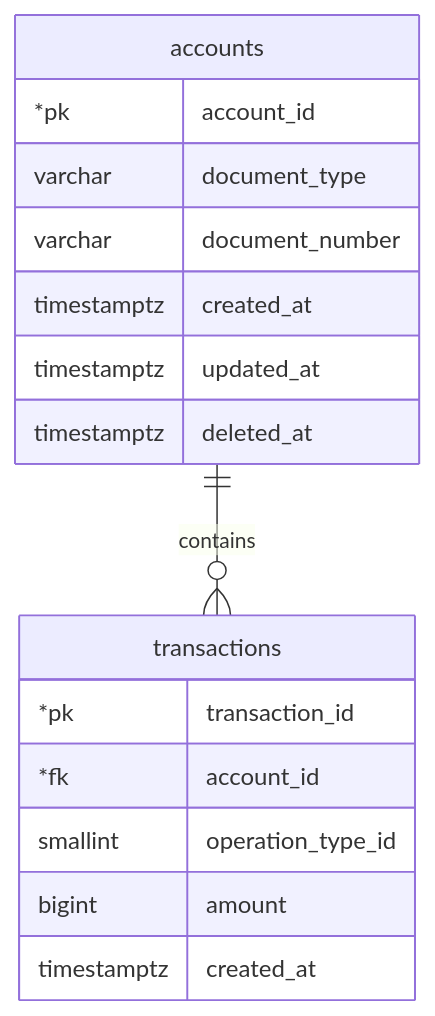
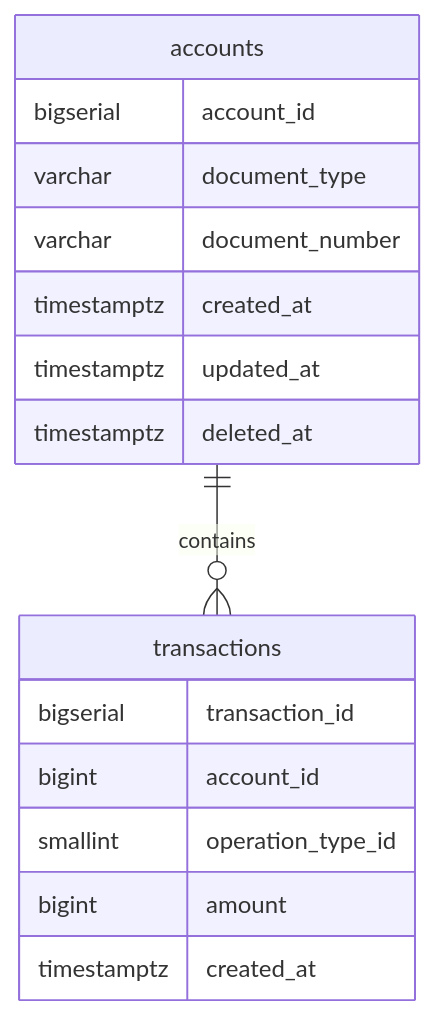
Before and after one commit to ItaloRFeitosa/transactions-service: the diagram in docs/database-erd.md, drawn with Mermaid.

Commit message:
docs(erd): change column types

````diff
--- a/docs/database-erd.md
+++ b/docs/database-erd.md
@@ -3,19 +3,19 @@
 ```mermaid
 erDiagram
     accounts ||--o{ transactions : contains
     accounts {
-        *pk account_id
+        bigserial account_id
         varchar document_type
         varchar document_number
         timestamptz created_at
         timestamptz updated_at
         timestamptz deleted_at
     }
     transactions {
-        *pk transaction_id
-        *fk account_id
+        bigserial transaction_id
+        bigint account_id
         smallint operation_type_id
         bigint amount
         timestamptz created_at
     }
 ```
````
